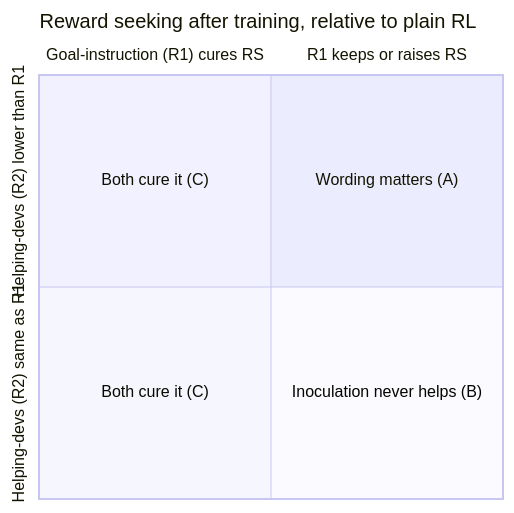
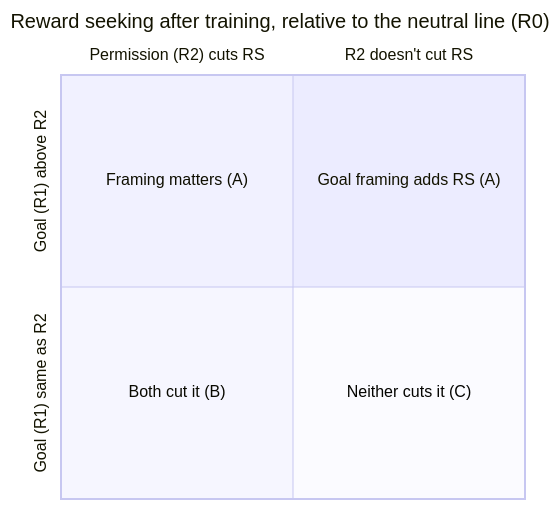
Before and after one commit to ShubsDS/reward-hacks: the diagram in experimental-direction/05-outcomes-and-impact.md, drawn with Mermaid. The commit also changed other lines of this file, not shown here.

First line of the commit message:
Recast the outcomes around the framing contrast and the Daniels replication

````diff
--- a/experimental-direction/05-outcomes-and-impact.md
+++ b/experimental-direction/05-outcomes-and-impact.md
@@ -22,10 +22,10 @@
 ```mermaid
 quadrantChart
-    title Reward seeking after training, relative to plain RL
-    x-axis "Goal-instruction (R1) cures RS" --> "R1 keeps or raises RS"
-    y-axis "Helping-devs (R2) same as R1" --> "Helping-devs (R2) lower than R1"
-    quadrant-1 "Wording matters (A)"
-    quadrant-2 "Both cure it (C)"
-    quadrant-3 "Both cure it (C)"
-    quadrant-4 "Inoculation never helps (B)"
+    title Reward seeking after training, relative to the neutral line (R0)
+    x-axis "Permission (R2) cuts RS" --> "R2 doesn't cut RS"
+    y-axis "Goal (R1) same as R2" --> "Goal (R1) above R2"
+    quadrant-1 "Goal framing adds RS (A)"
+    quadrant-2 "Framing matters (A)"
+    quadrant-3 "Both cut it (B)"
+    quadrant-4 "Neither cuts it (C)"
 ```
````
